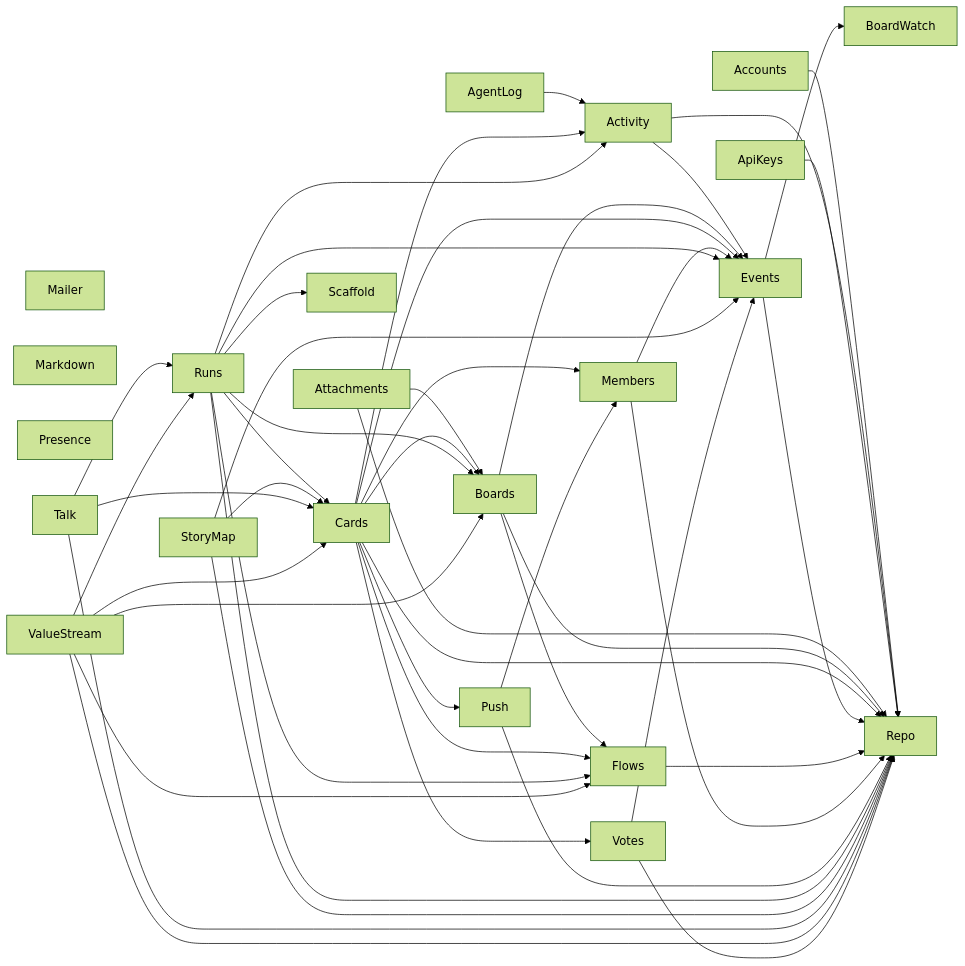
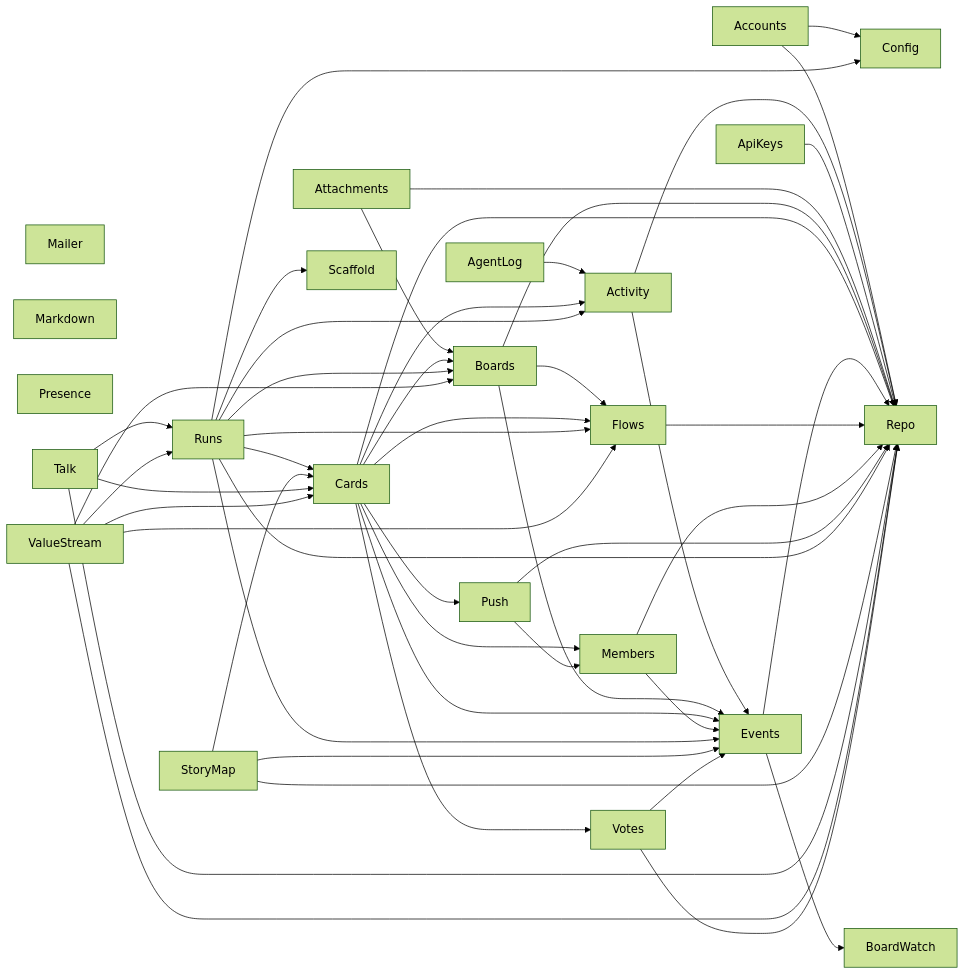
The second of 2 diagrams in docs/architecture/deps.md (jeremylightsmith/relay), drawn with Mermaid (forest theme) before and after one commit. The commit also changed 19 other files, not shown here.

````diff
--- a/docs/architecture/deps.md
+++ b/docs/architecture/deps.md
@@ -29,51 +29,53 @@
 ```mermaid
 flowchart LR
     Mailer
     Markdown
     Presence
+    Accounts --> Config
     Accounts --> Repo
     Activity --> Events
     Activity --> Repo
     AgentLog --> Activity
     ApiKeys --> Repo
     Attachments --> Boards
     Attachments --> Repo
     Boards --> Events
     Boards --> Flows
     Boards --> Repo
     Cards --> Activity
     Cards --> Boards
     Cards --> Events
     Cards --> Flows
     Cards --> Members
     Cards --> Push
     Cards --> Repo
     Cards --> Votes
     Events --> BoardWatch
     Events --> Repo
     Flows --> Repo
     Members --> Events
     Members --> Repo
     Push --> Members
     Push --> Repo
     Runs --> Activity
     Runs --> Boards
     Runs --> Cards
+    Runs --> Config
     Runs --> Events
     Runs --> Flows
     Runs --> Repo
     Runs --> Scaffold
     StoryMap --> Cards
     StoryMap --> Events
     StoryMap --> Repo
     Talk --> Cards
     Talk --> Repo
     Talk --> Runs
     ValueStream --> Boards
     ValueStream --> Cards
     ValueStream --> Flows
     ValueStream --> Repo
     ValueStream --> Runs
     Votes --> Events
     Votes --> Repo
 ```
````
